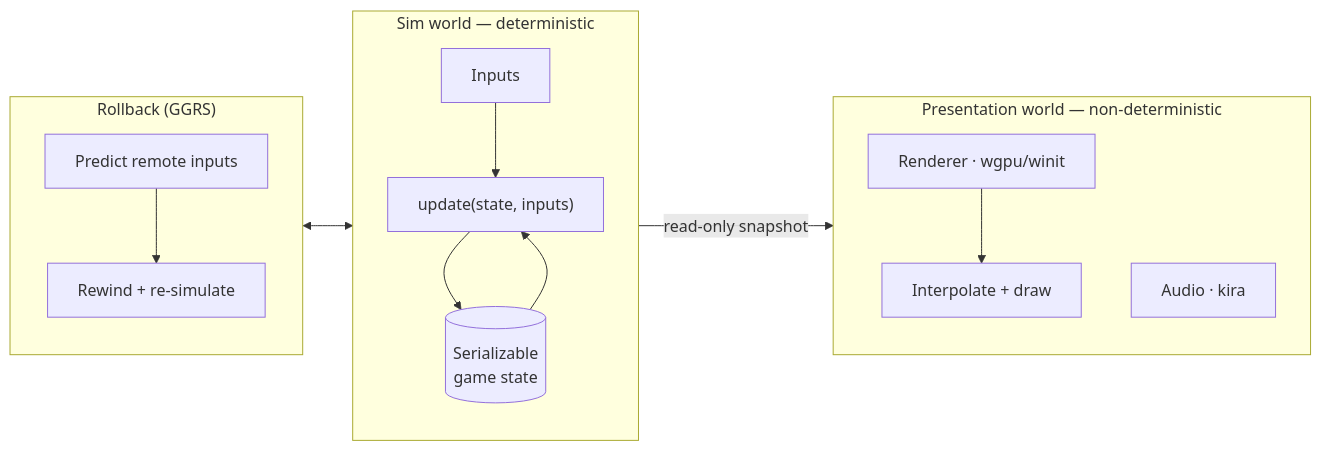
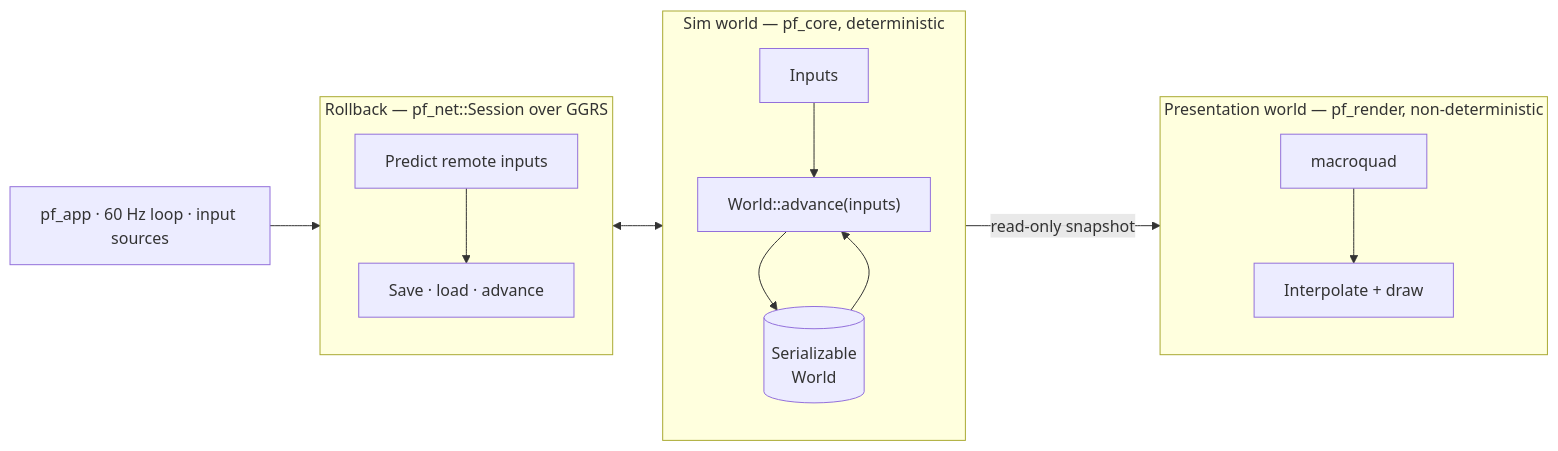
The diagram in docs-site/docs/architecture/overview.md (3-Hz/pfengine), drawn with Mermaid before and after one commit. The commit also changed other lines of this file and 8 other files, not shown here.

````diff
--- a/docs-site/docs/architecture/overview.md
+++ b/docs-site/docs/architecture/overview.md
@@ -10,20 +11,20 @@
 ```mermaid
 flowchart LR
-  subgraph SIM["Sim world — deterministic"]
+  subgraph SIM["Sim world — pf_core, deterministic"]
     direction TB
-    I[Inputs] --> U["update(state, inputs)"]
-    U --> S[(Serializable<br/>game state)]
+    I[Inputs] --> U["World::advance(inputs)"]
+    U --> S[(Serializable<br/>World)]
     S --> U
   end
-  subgraph NET["Rollback (GGRS)"]
+  subgraph NET["Rollback — pf_net::Session over GGRS"]
     direction TB
-    P[Predict remote inputs] --> RB[Rewind + re-simulate]
+    P[Predict remote inputs] --> RB[Save · load · advance]
   end
-  subgraph PRES["Presentation world — non-deterministic"]
+  subgraph PRES["Presentation world — pf_render, non-deterministic"]
     direction TB
-    R[Renderer · wgpu/winit] --> X[Interpolate + draw]
-    A[Audio · kira]
+    R[macroquad] --> X[Interpolate + draw]
   end
+  APP[pf_app · 60 Hz loop · input sources] --> NET
   NET <--> SIM
   SIM -->|read-only snapshot| PRES
 ```
````
